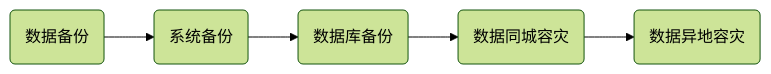
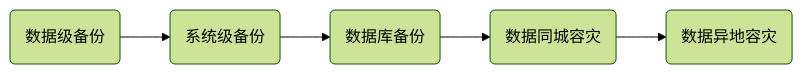
Before and after one commit to yicenzzn/cn: the diagram in documentation/Best-Practice/Learn-Best-Practice/Cloud/Cloud-Guide-Backup.md, drawn with Mermaid (forest theme). The commit also changed other lines of this file, not shown here.

````diff
--- a/documentation/Best-Practice/Learn-Best-Practice/Cloud/Cloud-Guide-Backup.md
+++ b/documentation/Best-Practice/Learn-Best-Practice/Cloud/Cloud-Guide-Backup.md
@@ -11,4 +18,4 @@
 ```mermaid
 graph LR
-A(数据备份)-->B(系统备份)-->C(数据库备份)-->D(数据同城容灾)-->E(数据异地容灾)
+A(数据级备份)-->B(系统级备份)-->C(数据库备份)-->D(数据同城容灾)-->E(数据异地容灾)
 ```
````
